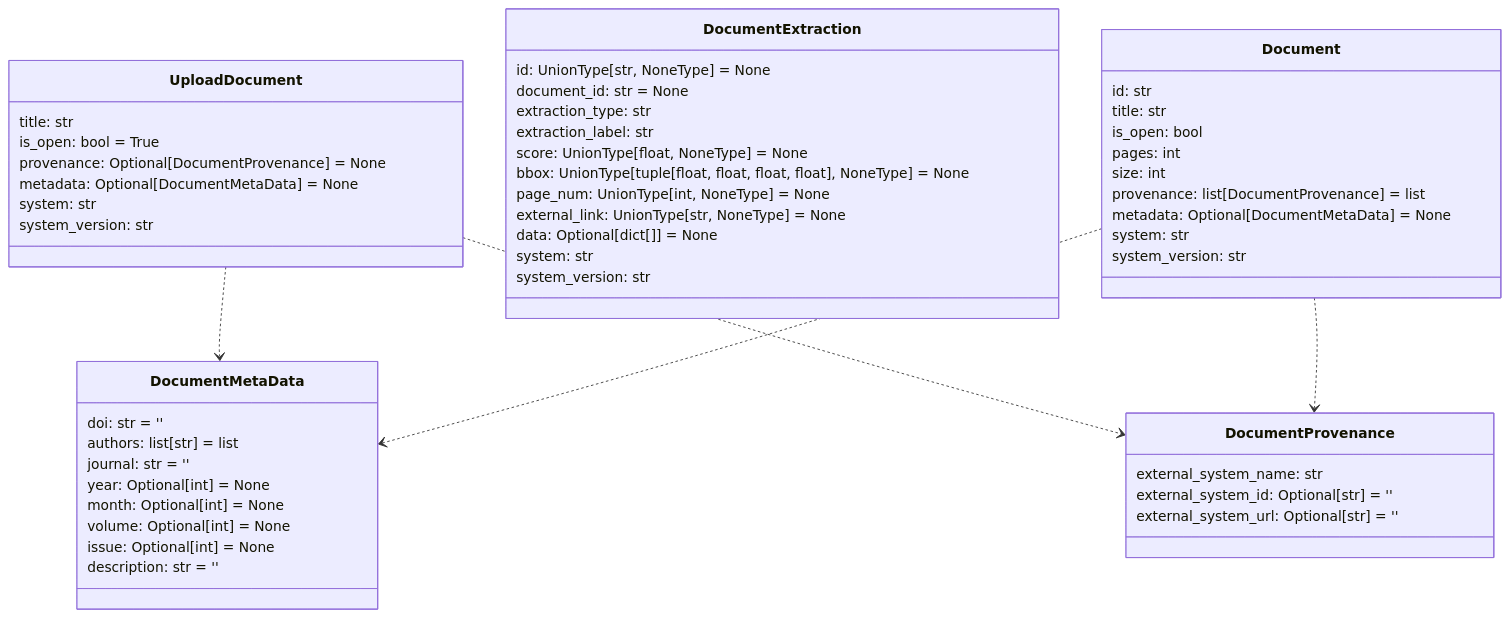
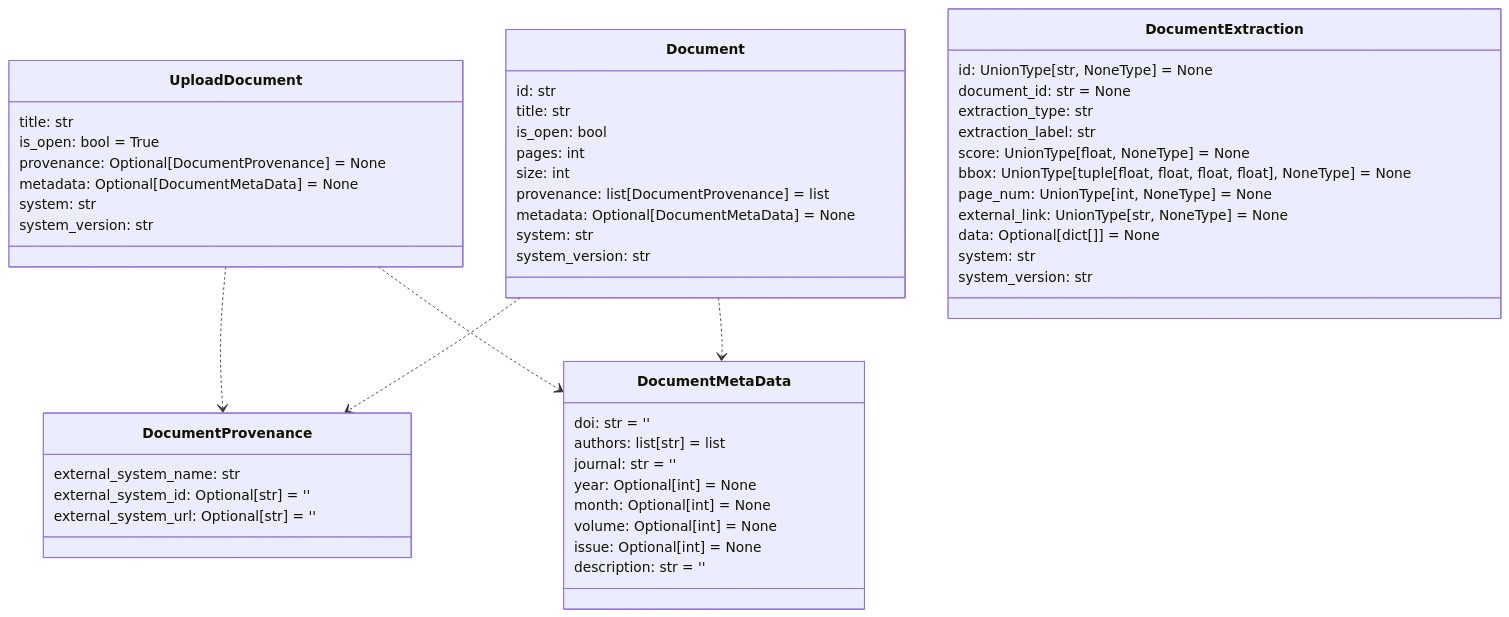
The ninth of 12 diagrams in README.md (DARPA-CRITICALMAAS/cdr_schemas), drawn with Mermaid before and after one commit. The commit also changed other lines of this file and 2 other files, not shown here.

````diff
--- a/README.md
+++ b/README.md
@@ -625,62 +627,62 @@
 ```mermaid
 classDiagram
+
+    class DocumentProvenance {
+        external_system_name: str
+        external_system_id: Optional[str] = ''
+        external_system_url: Optional[str] = ''
+    }
+
+    class Document {
+        id: str
+        title: str
+        is_open: bool
+        pages: int
+        size: int
+        provenance: list[DocumentProvenance] = list
+        metadata: Optional[DocumentMetaData] = None
+        system: str
+        system_version: str
+    }
 
     class UploadDocument {
         title: str
         is_open: bool = True
         provenance: Optional[DocumentProvenance] = None
         metadata: Optional[DocumentMetaData] = None
         system: str
         system_version: str
     }
 
     class DocumentExtraction {
         id: UnionType[str, NoneType] = None
         document_id: str = None
         extraction_type: str
         extraction_label: str
         score: UnionType[float, NoneType] = None
         bbox: UnionType[tuple[float, float, float, float], NoneType] = None
         page_num: UnionType[int, NoneType] = None
         external_link: UnionType[str, NoneType] = None
         data: Optional[dict[]] = None
         system: str
         system_version: str
     }
 
-    class Document {
-        id: str
-        title: str
-        is_open: bool
-        pages: int
-        size: int
-        provenance: list[DocumentProvenance] = list
-        metadata: Optional[DocumentMetaData] = None
-        system: str
-        system_version: str
-    }
-
     class DocumentMetaData {
         doi: str = ''
         authors: list[str] = list
         journal: str = ''
         year: Optional[int] = None
         month: Optional[int] = None
         volume: Optional[int] = None
         issue: Optional[int] = None
         description: str = ''
     }
 
-    class DocumentProvenance {
-        external_system_name: str
-        external_system_id: Optional[str] = ''
-        external_system_url: Optional[str] = ''
-    }
-
+    UploadDocument ..> DocumentProvenance
     UploadDocument ..> DocumentMetaData
-    UploadDocument ..> DocumentProvenance
+    Document ..> DocumentProvenance
     Document ..> DocumentMetaData
-    Document ..> DocumentProvenance
 
 
 ```
````
